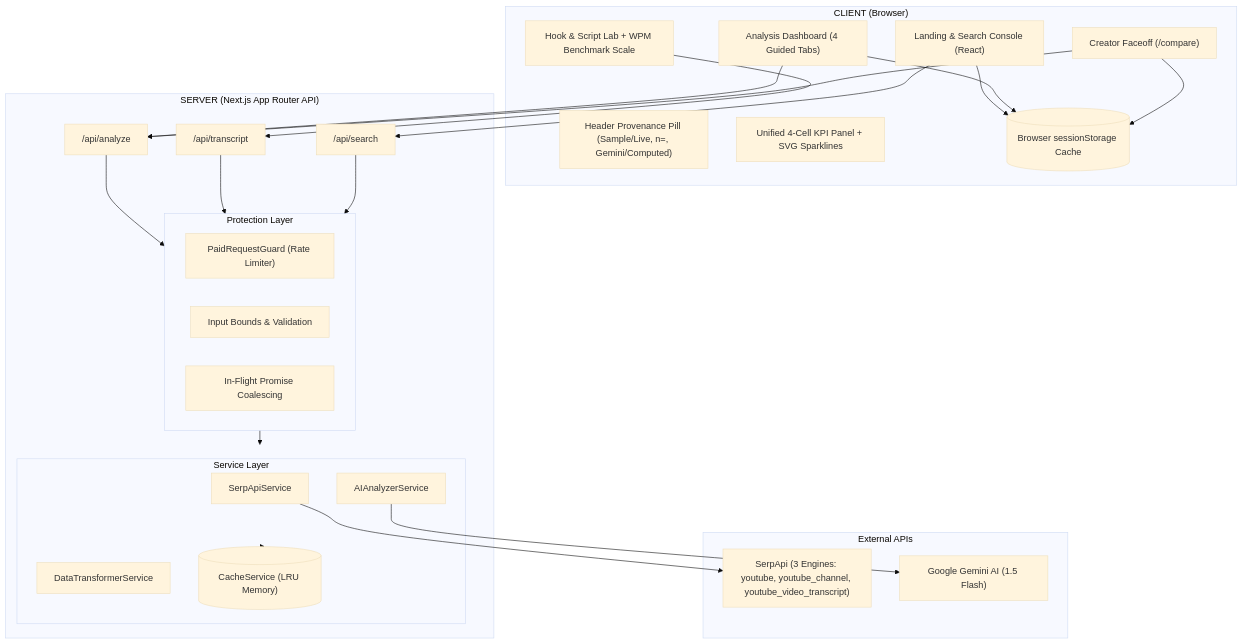
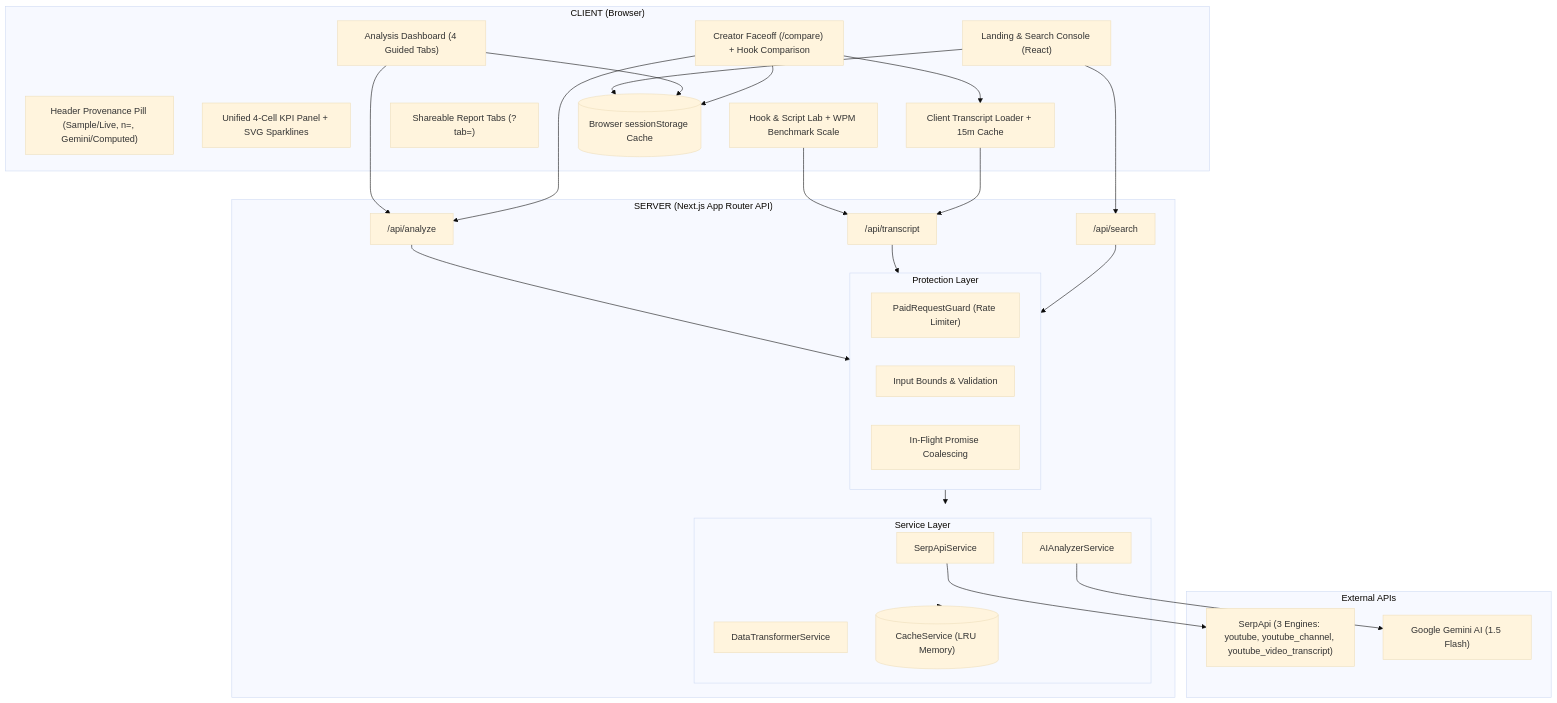
Before and after one commit to Anilcodee/TubeSignal: the diagram in docs/ARCHITECTURE.md, drawn with Mermaid (base theme). The commit also changed other lines of this file and 6 other files, not shown here.

Commit message:
docs: update architecture, design, memory, PRD, and task documentation

````diff
--- a/docs/ARCHITECTURE.md
+++ b/docs/ARCHITECTURE.md
@@ -13,54 +13,58 @@
 ```mermaid
 graph TD
     subgraph Client["CLIENT (Browser)"]
         UI["Landing & Search Console (React)"]
         Provenance["Header Provenance Pill (Sample/Live, n=, Gemini/Computed)"]
         Dash["Analysis Dashboard (4 Guided Tabs)"]
         KPI["Unified 4-Cell KPI Panel + SVG Sparklines"]
         HookLab["Hook & Script Lab + WPM Benchmark Scale"]
-        Compare["Creator Faceoff (/compare)"]
+        Compare["Creator Faceoff (/compare) + Hook Comparison"]
+        Tabs["Shareable Report Tabs (?tab=)"]
+        TranscriptClient["Client Transcript Loader + 15m Cache"]
         ClientCache[("Browser sessionStorage Cache")]
     end
 
     subgraph Server["SERVER (Next.js App Router API)"]
         SearchAPI["/api/search"]
         AnalyzeAPI["/api/analyze"]
         TranscriptAPI["/api/transcript"]
         
         subgraph Guard["Protection Layer"]
             QuotaGuard["PaidRequestGuard (Rate Limiter)"]
             RequestGuard["Input Bounds & Validation"]
             PendingMap["In-Flight Promise Coalescing"]
         end
 
         subgraph Service["Service Layer"]
             SerpApiService["SerpApiService"]
             AIAnalyzerService["AIAnalyzerService"]
             DataTransformer["DataTransformerService"]
             ServerCache[("CacheService (LRU Memory)")]
         end
     end
 
     subgraph External["External APIs"]
         SerpApi["SerpApi (3 Engines: youtube, youtube_channel, youtube_video_transcript)"]
         Gemini["Google Gemini AI (1.5 Flash)"]
     end
 
     UI --> ClientCache
     Dash --> ClientCache
     Compare --> ClientCache
+    Compare --> TranscriptClient
     
     UI --> SearchAPI
     Dash --> AnalyzeAPI
     Compare --> AnalyzeAPI
     HookLab --> TranscriptAPI
+    TranscriptClient --> TranscriptAPI
 
     AnalyzeAPI --> Guard
     TranscriptAPI --> Guard
     SearchAPI --> Guard
 
     Guard --> Service
     Service --> ServerCache
     SerpApiService --> SerpApi
     AIAnalyzerService --> Gemini
 ```
````
